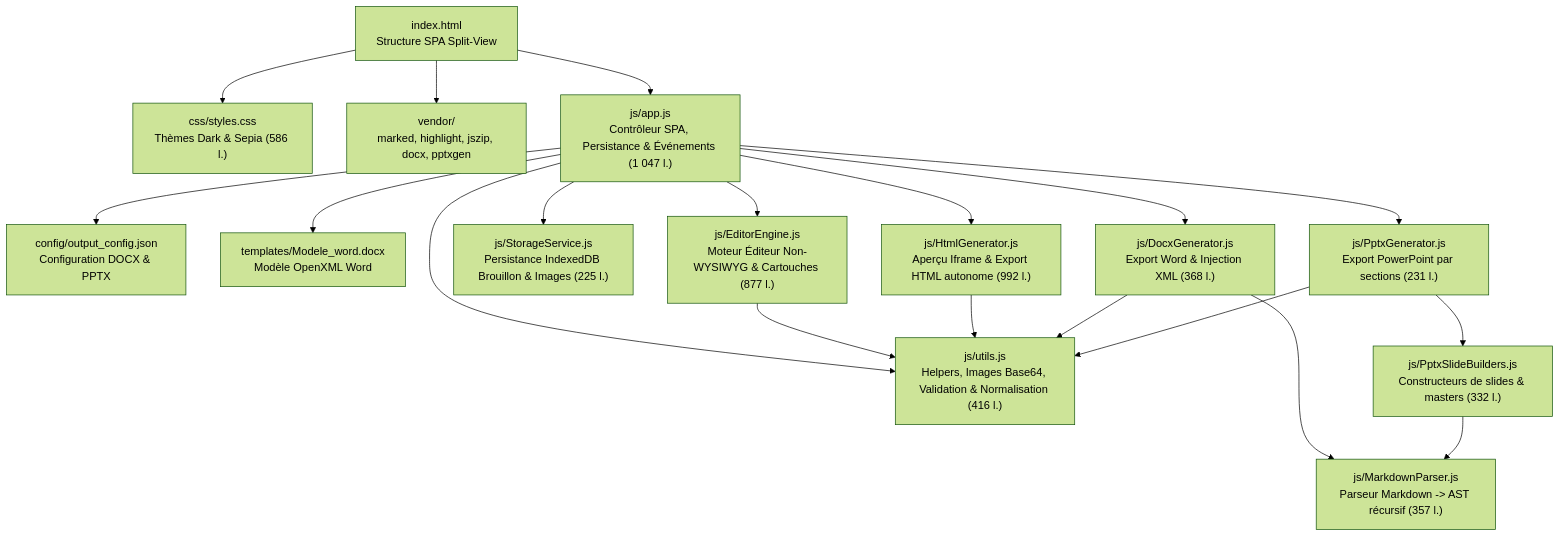
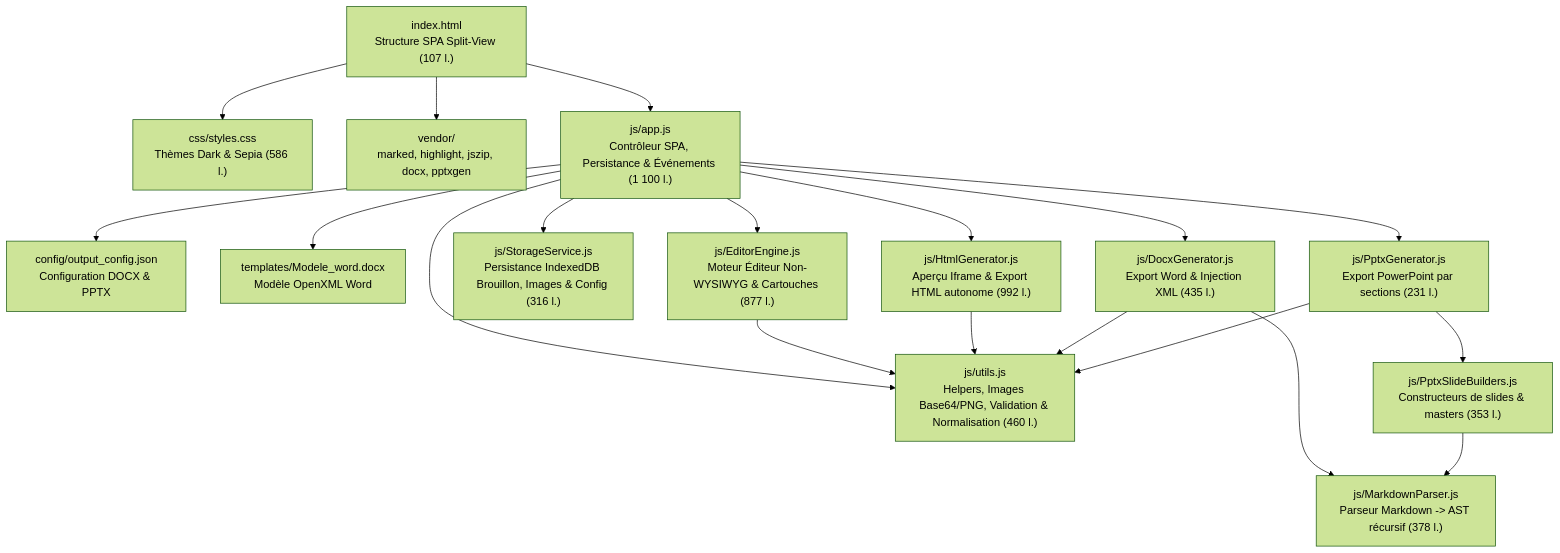
Before and after one commit to jiemji/md2print: the first of 2 diagrams in .agents/artefacts/codebase_analysis.md, drawn with Mermaid (forest theme). The commit also changed other lines of this file and 12 other files, not shown here.

Commit message:
feat: add core markdown to print/export utility modules and interface components

````diff
--- a/.agents/artefacts/codebase_analysis.md
+++ b/.agents/artefacts/codebase_analysis.md
@@ -24,24 +24,24 @@
 ```mermaid
 graph TD
-    HTML["index.html<br/>Structure SPA Split-View"] --> CSS["css/styles.css<br/>Thèmes Dark & Sepia (586 l.)"]
+    HTML["index.html<br/>Structure SPA Split-View (107 l.)"] --> CSS["css/styles.css<br/>Thèmes Dark & Sepia (586 l.)"]
     HTML --> VENDOR["vendor/<br/>marked, highlight, jszip, docx, pptxgen"]
-    HTML --> APP["js/app.js<br/>Contrôleur SPA, Persistance & Événements (1 047 l.)"]
+    HTML --> APP["js/app.js<br/>Contrôleur SPA, Persistance & Événements (1 100 l.)"]
 
     APP --> CFG["config/output_config.json<br/>Configuration DOCX & PPTX"]
     APP --> TPL["templates/Modele_word.docx<br/>Modèle OpenXML Word"]
 
     APP --> EDITOR["js/EditorEngine.js<br/>Moteur Éditeur Non-WYSIWYG & Cartouches (877 l.)"]
-    APP --> STORAGE["js/StorageService.js<br/>Persistance IndexedDB Brouillon & Images (225 l.)"]
-    APP --> UTILS["js/utils.js<br/>Helpers, Images Base64, Validation & Normalisation (416 l.)"]
+    APP --> STORAGE["js/StorageService.js<br/>Persistance IndexedDB Brouillon, Images & Config (316 l.)"]
+    APP --> UTILS["js/utils.js<br/>Helpers, Images Base64/PNG, Validation & Normalisation (460 l.)"]
     APP --> HTMLGEN["js/HtmlGenerator.js<br/>Aperçu Iframe & Export HTML autonome (992 l.)"]
-    APP --> DOCXGEN["js/DocxGenerator.js<br/>Export Word & Injection XML (368 l.)"]
+    APP --> DOCXGEN["js/DocxGenerator.js<br/>Export Word & Injection XML (435 l.)"]
     APP --> PPTXGEN["js/PptxGenerator.js<br/>Export PowerPoint par sections (231 l.)"]
 
     EDITOR --> UTILS
     HTMLGEN --> UTILS
     DOCXGEN --> UTILS
-    DOCXGEN --> PARSER["js/MarkdownParser.js<br/>Parseur Markdown -> AST récursif (357 l.)"]
+    DOCXGEN --> PARSER["js/MarkdownParser.js<br/>Parseur Markdown -> AST récursif (378 l.)"]
     PPTXGEN --> UTILS
-    PPTXGEN --> SLIDES["js/PptxSlideBuilders.js<br/>Constructeurs de slides & masters (332 l.)"]
+    PPTXGEN --> SLIDES["js/PptxSlideBuilders.js<br/>Constructeurs de slides & masters (353 l.)"]
     SLIDES --> PARSER
 ```
````
